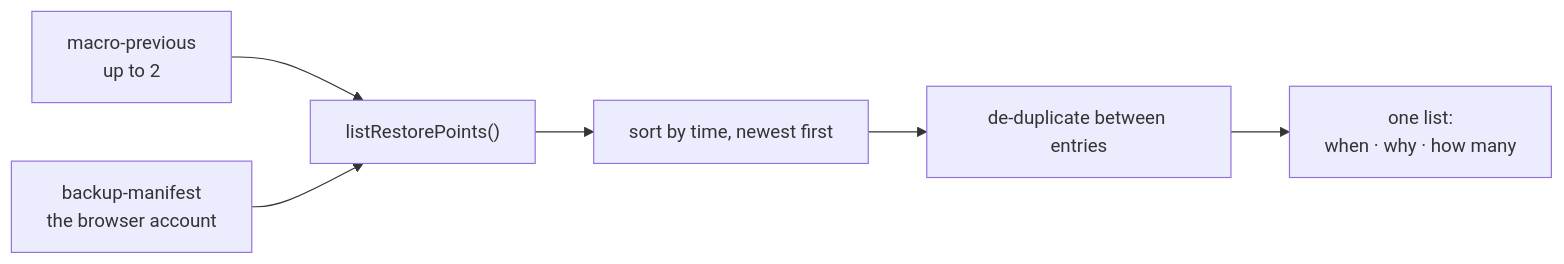
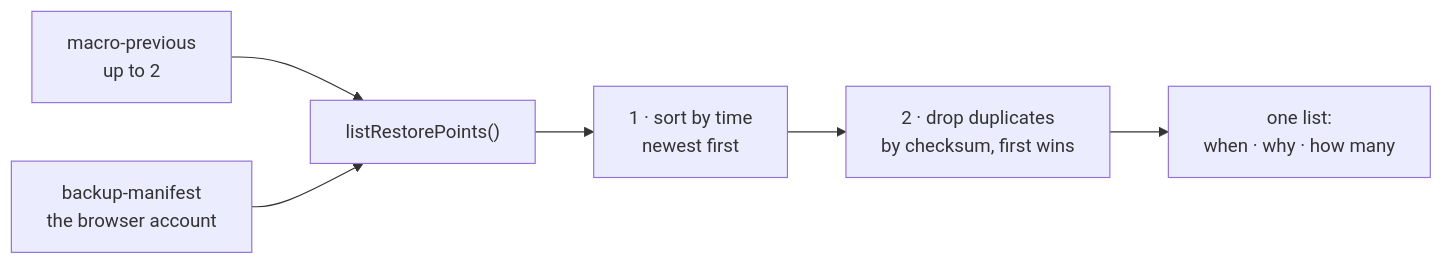
The fifth of 6 diagrams in docs/storage-design.md (Jorge-Gonzalez/monky), drawn with Mermaid before and after one commit. The commit also changed other lines of this file, not shown here.

````diff
--- a/docs/storage-design.md
+++ b/docs/storage-design.md
@@ -393,8 +393,8 @@
 ```mermaid
 flowchart LR
     P["macro-previous<br/>up to 2"] --> G["listRestorePoints()"]
     B["backup-manifest<br/>the browser account"] --> G
-    G --> S["sort by time, newest first"]
-    S --> D["de-duplicate between entries"]
+    G --> S["1 · sort by time<br/>newest first"]
+    S --> D["2 · drop duplicates<br/>by checksum, first wins"]
     D --> L["one list:<br/>when · why · how many"]
 ```
````
